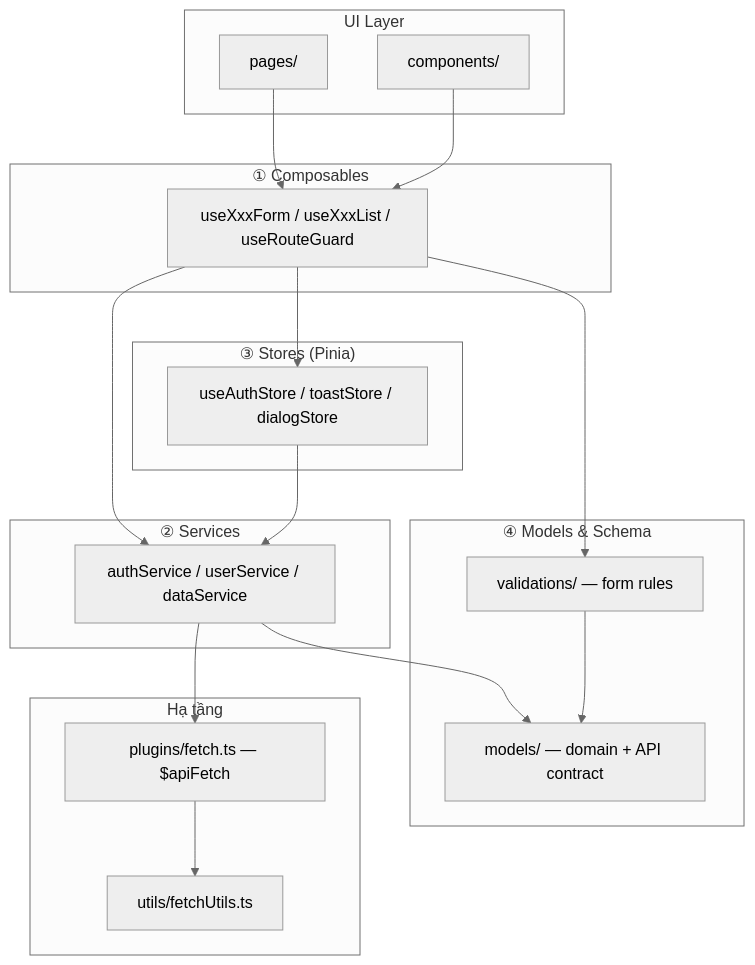
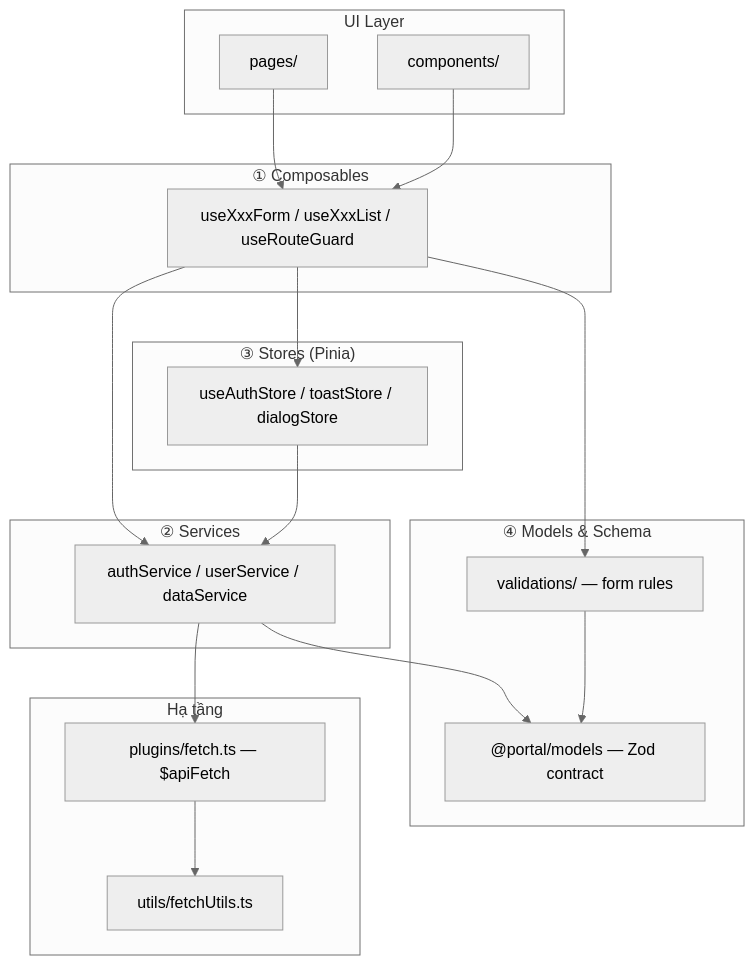
The second of 2 diagrams in docs/operational/ARCHITECTURE.md (raintr91/next_nest), drawn with Mermaid (neutral theme) before and after one commit. The commit also changed other lines of this file and 208 other files, not shown here.

````diff
--- a/docs/operational/ARCHITECTURE.md
+++ b/docs/operational/ARCHITECTURE.md
@@ -11,40 +60,40 @@
 ```mermaid
 flowchart TB
   subgraph UI["UI Layer"]
     P[pages/]
     C[components/]
   end
 
   subgraph L1["① Composables"]
     CO[useXxxForm / useXxxList / useRouteGuard]
   end
 
   subgraph L2["② Services"]
     SV[authService / userService / dataService]
   end
 
   subgraph L3["③ Stores (Pinia)"]
     ST[useAuthStore / toastStore / dialogStore]
   end
 
   subgraph L4["④ Models & Schema"]
-    MO[models/ — domain + API contract]
+    MO["@portal/models — Zod contract"]
     VA[validations/ — form rules]
   end
 
   subgraph Infra["Hạ tầng"]
     PL[plugins/fetch.ts — $apiFetch]
     UT[utils/fetchUtils.ts]
   end
 
   P --> CO
   C --> CO
   CO --> ST
   CO --> SV
   SV --> PL
   ST --> SV
   SV --> MO
   CO --> VA
   VA --> MO
   PL --> UT
 ```
````
